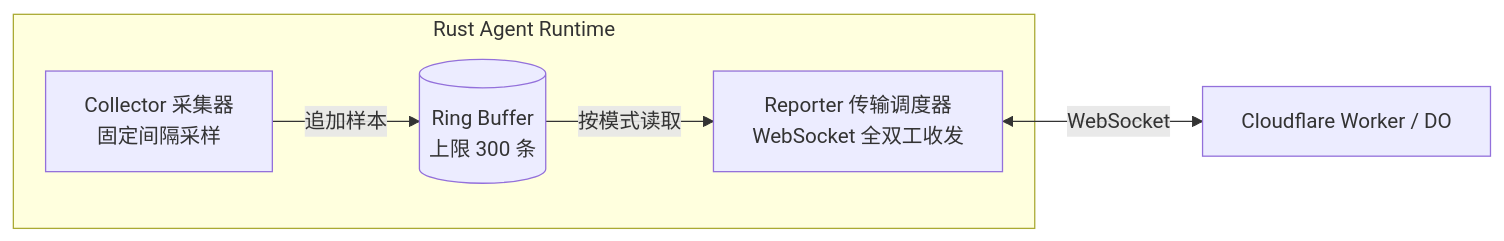
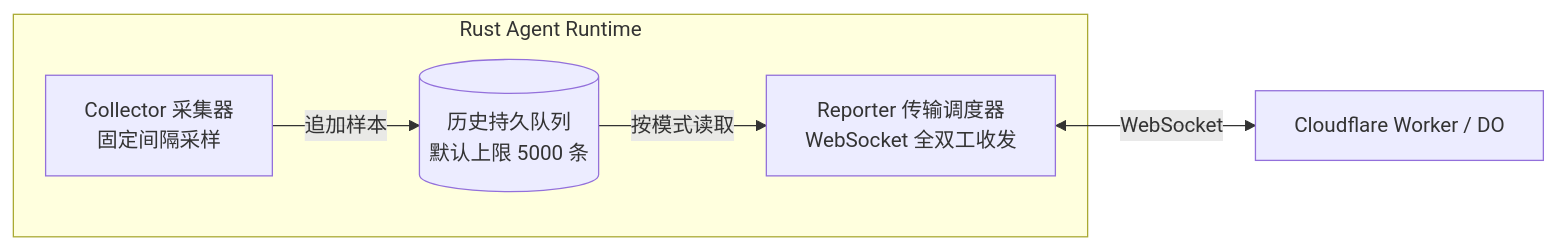
The second of 2 diagrams in docs/ADAPTIVE_REPORTING_SPEC.md (veegn/serverless-monitor-agent), drawn with Mermaid before and after one commit. The commit also changed other lines of this file and 27 other files, not shown here.

````diff
--- a/docs/ADAPTIVE_REPORTING_SPEC.md
+++ b/docs/ADAPTIVE_REPORTING_SPEC.md
@@ -311,11 +311,11 @@
 ```mermaid
 flowchart LR
     subgraph Runtime["Rust Agent Runtime"]
         Collector["Collector 采集器<br/>固定间隔采样"]
-        RingBuf[("Ring Buffer<br/>上限 300 条")]
+        RingBuf[("历史持久队列<br/>默认上限 5000 条")]
         Reporter["Reporter 传输调度器<br/>WebSocket 全双工收发"]
     end
     Collector -->|追加样本| RingBuf
     RingBuf -->|按模式读取| Reporter
     Reporter <-->|WebSocket| Server["Cloudflare Worker / DO"]
 ```
````
